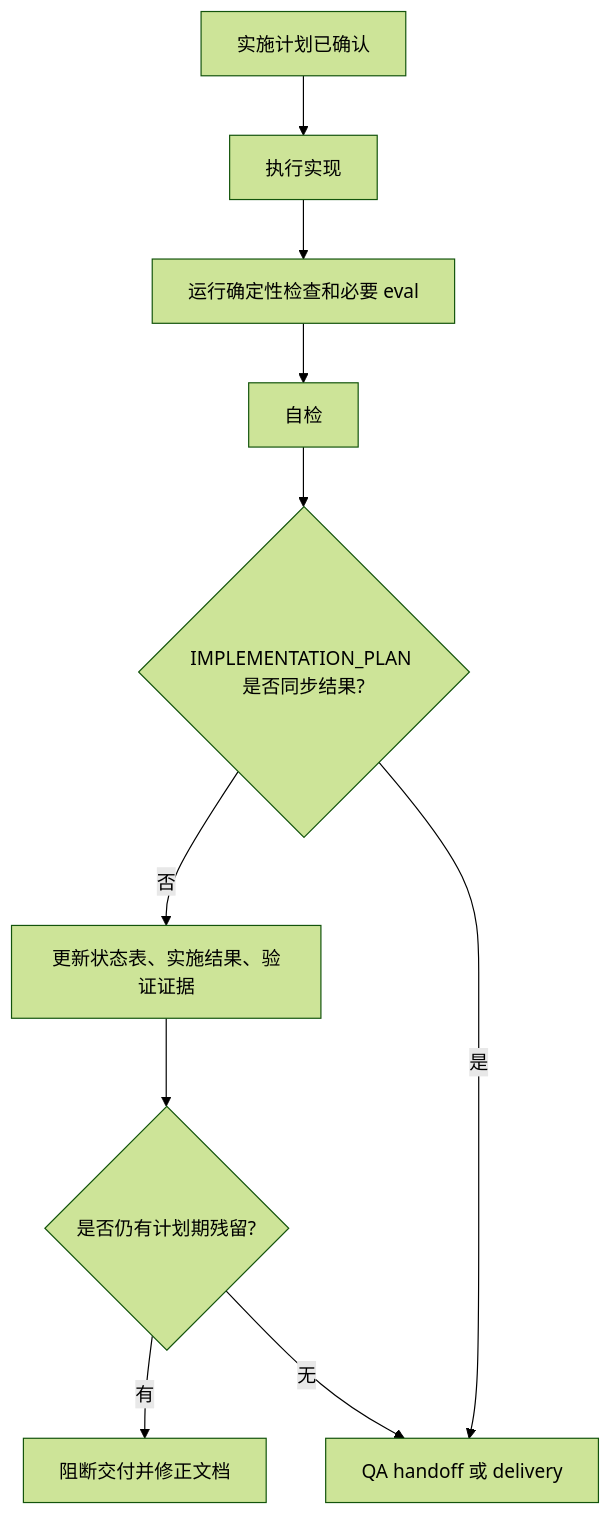
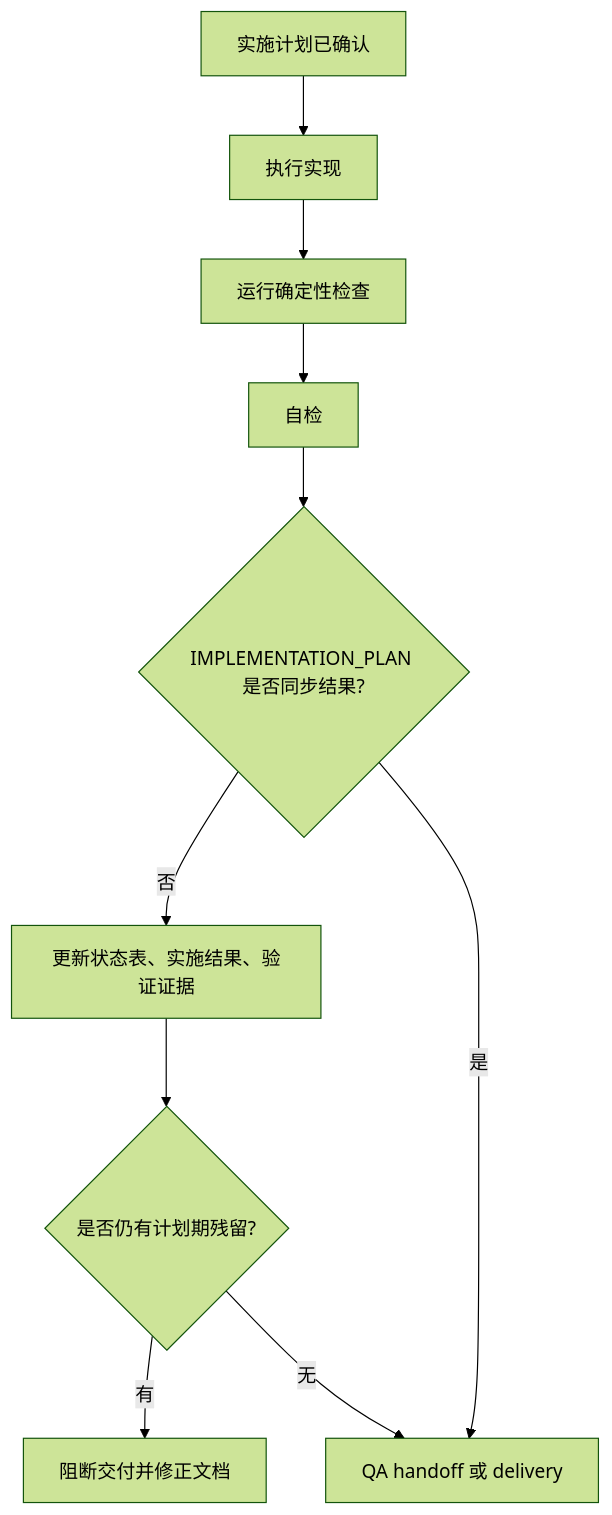
The diagram in docs/pm/agents/engineer-agent/skills/feature-implementor/implementation-plan-closeout-gate/PRD.md (Neplich/dev-agent-skills), drawn with Mermaid (forest theme) before and after one commit. The commit also changed other lines of this file and 66 other files, not shown here.

````diff
--- a/docs/pm/agents/engineer-agent/skills/feature-implementor/implementation-plan-closeout-gate/PRD.md
+++ b/docs/pm/agents/engineer-agent/skills/feature-implementor/implementation-plan-closeout-gate/PRD.md
@@ -52,12 +49,12 @@
 ```mermaid
 flowchart TD
     A["实施计划已确认"] --> B["执行实现"]
-    B --> C["运行确定性检查和必要 eval"]
+    B --> C["运行确定性检查"]
     C --> D["自检"]
     D --> E{"IMPLEMENTATION_PLAN 是否同步结果?"}
     E -->|否| F["更新状态表、实施结果、验证证据"]
     E -->|是| G["QA handoff 或 delivery"]
     F --> H{"是否仍有计划期残留?"}
     H -->|有| I["阻断交付并修正文档"]
     H -->|无| G
 ```
````
